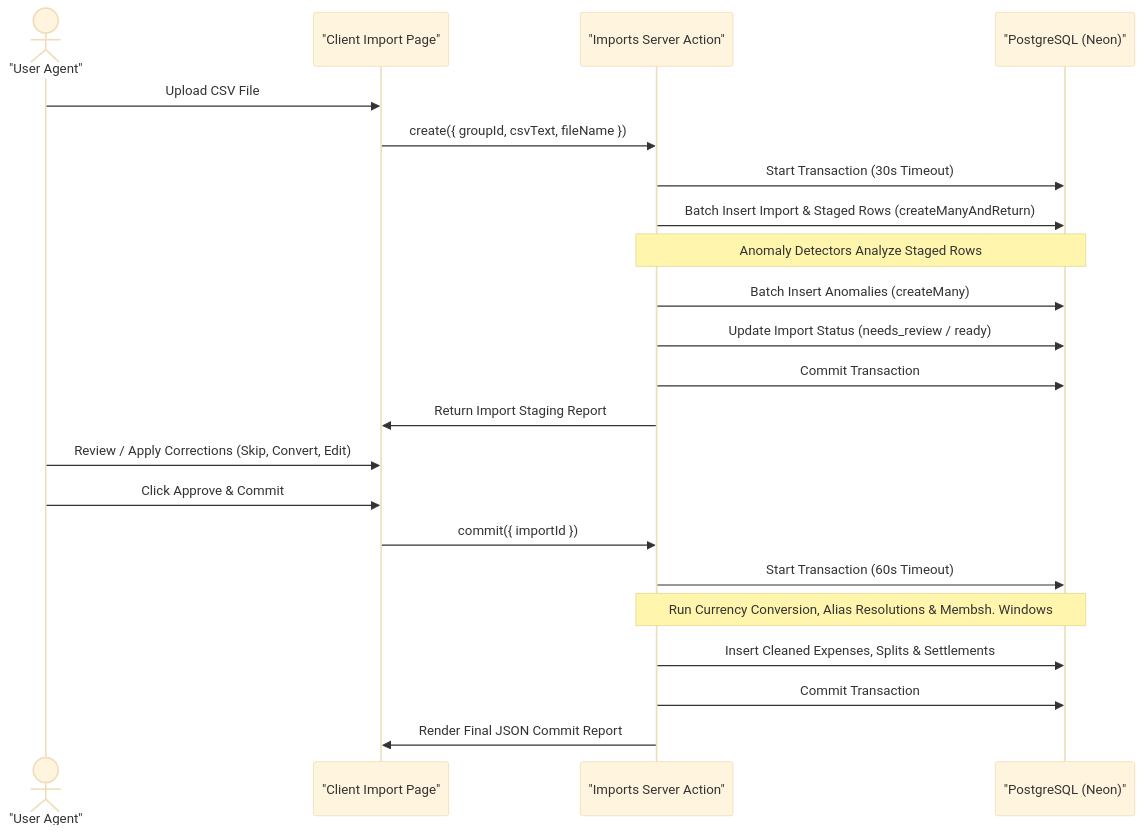
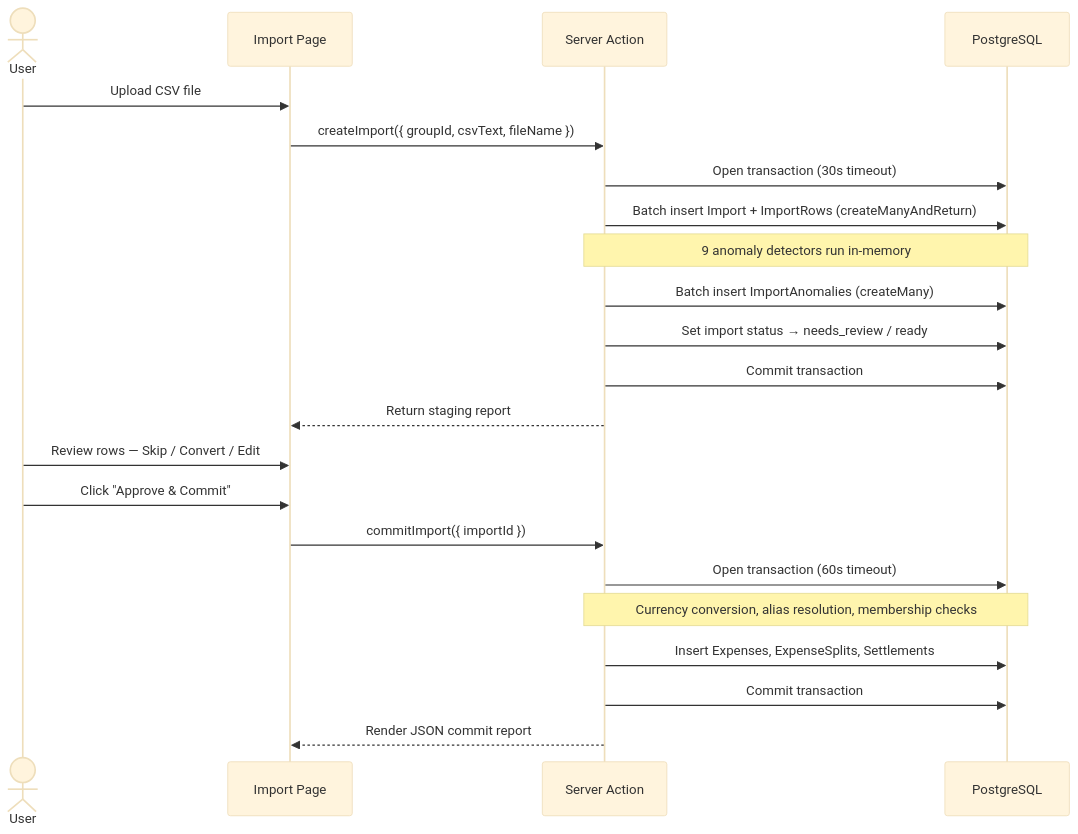
Before and after one commit to Navneet6050/Splitr: the third of 3 diagrams in README.md, drawn with Mermaid (base theme). The commit also changed other lines of this file, not shown here.

````diff
--- a/README.md
+++ b/README.md
@@ -64,25 +172,25 @@
 ```mermaid
 sequenceDiagram
-    actor User as "User Agent"
-    participant SV as "Client Import Page"
-    participant SA as "Imports Server Action"
-    participant DB as "PostgreSQL (Neon)"
+    actor U as User
+    participant UI as Import Page
+    participant SA as Server Action
+    participant DB as PostgreSQL
 
-    User->>SV: Upload CSV File
-    SV->>SA: create({ groupId, csvText, fileName })
-    SA->>DB: Start Transaction (30s Timeout)
-    SA->>DB: Batch Insert Import & Staged Rows (createManyAndReturn)
-    Note over SA,DB: Anomaly Detectors Analyze Staged Rows
-    SA->>DB: Batch Insert Anomalies (createMany)
-    SA->>DB: Update Import Status (needs_review / ready)
-    SA->>DB: Commit Transaction
-    SA->>SV: Return Import Staging Report
-    User->>SV: Review / Apply Corrections (Skip, Convert, Edit)
-    User->>SV: Click Approve & Commit
-    SV->>SA: commit({ importId })
-    SA->>DB: Start Transaction (60s Timeout)
-    Note over SA,DB: Run Currency Conversion, Alias Resolutions & Membsh. Windows
-    SA->>DB: Insert Cleaned Expenses, Splits & Settlements
-    SA->>DB: Commit Transaction
-    SA->>SV: Render Final JSON Commit Report
+    U->>UI: Upload CSV file
+    UI->>SA: createImport({ groupId, csvText, fileName })
+    SA->>DB: Open transaction (30s timeout)
+    SA->>DB: Batch insert Import + ImportRows (createManyAndReturn)
+    Note over SA,DB: 9 anomaly detectors run in-memory
+    SA->>DB: Batch insert ImportAnomalies (createMany)
+    SA->>DB: Set import status → needs_review / ready
+    SA->>DB: Commit transaction
+    SA-->>UI: Return staging report
+    U->>UI: Review rows — Skip / Convert / Edit
+    U->>UI: Click "Approve & Commit"
+    UI->>SA: commitImport({ importId })
+    SA->>DB: Open transaction (60s timeout)
+    Note over SA,DB: Currency conversion, alias resolution, membership checks
+    SA->>DB: Insert Expenses, ExpenseSplits, Settlements
+    SA->>DB: Commit transaction
+    SA-->>UI: Render JSON commit report
 ```
````
